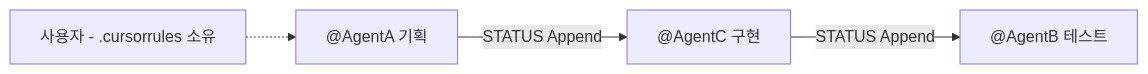
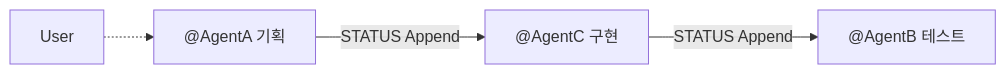
Before and after one commit to Pray-T/GitHub-Copilot-With-Cursor: the second of 2 diagrams in docs/git_hub_readme/05-agent-collaboration.md, drawn with Mermaid. The commit also changed other lines of this file and 6 other files, not shown here.

````diff
--- a/docs/git_hub_readme/05-agent-collaboration.md
+++ b/docs/git_hub_readme/05-agent-collaboration.md
@@ -113,10 +88,9 @@
 ```mermaid
 flowchart LR
-  User[사용자 - .cursorrules 소유]
   A["@AgentA 기획"]
   C["@AgentC 구현"]
   B["@AgentB 테스트"]
   User -.-> A
   A -->|STATUS Append| C
   C -->|STATUS Append| B
 ```
````
